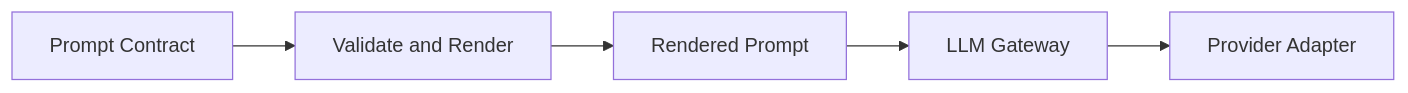
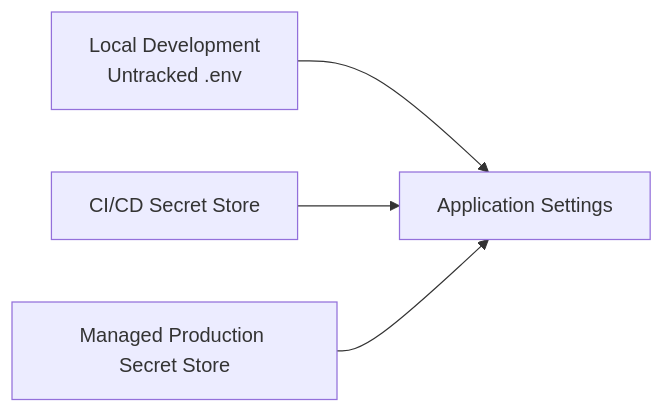
Diagram 21 of 24 in 1_Bro_Became_AI_Engineer/01_Daily_Learning/Week_01/03_Provider_Adapter/Project/llm_gateway/docs/LLM_Gateway_Engineering_Project_Note.md (mzaid-dev/Bro_to_FAANG-exe), drawn with Mermaid before and after one commit. The commit also changed other lines of this file and 4 other files, not shown here.

Commit message:
docs(llm-gateway): update documentation and readme

````diff
--- a/1_Bro_Became_AI_Engineer/01_Daily_Learning/Week_01/03_Provider_Adapter/Project/llm_gateway/docs/LLM_Gateway_Engineering_Project_Note.md
+++ b/1_Bro_Became_AI_Engineer/01_Daily_Learning/Week_01/03_Provider_Adapter/Project/llm_gateway/docs/LLM_Gateway_Engineering_Project_Note.md
@@ -1119,7 +945,6 @@
 ```mermaid
 flowchart LR
-    CONTRACT["Prompt Contract"] --> VALIDATE["Validate and Render"]
-    VALIDATE --> PROMPT["Rendered Prompt"]
-    PROMPT --> GATEWAY["LLM Gateway"]
-    GATEWAY --> PROVIDER["Provider Adapter"]
+    LOCAL["Local Development<br/>Untracked .env"] --> APP["Application Settings"]
+    CI["CI/CD Secret Store"] --> APP
+    PROD["Managed Production Secret Store"] --> APP
 ```
````
